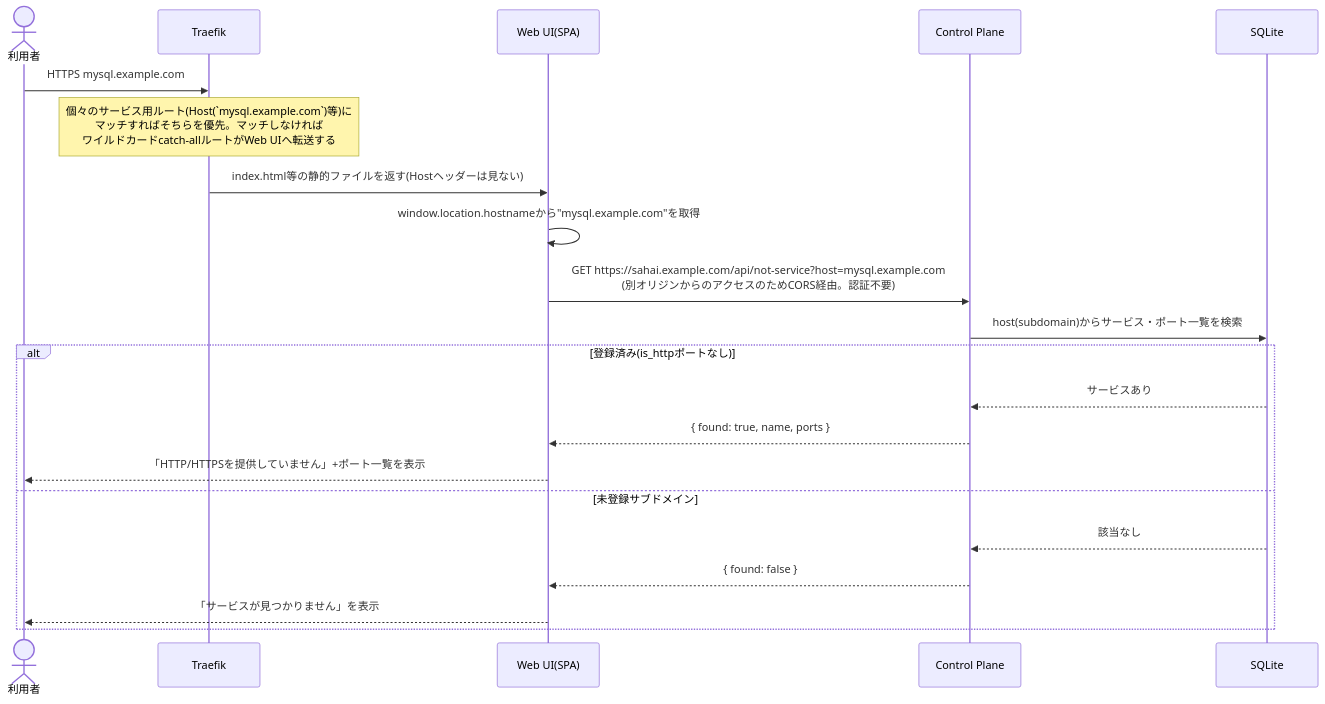
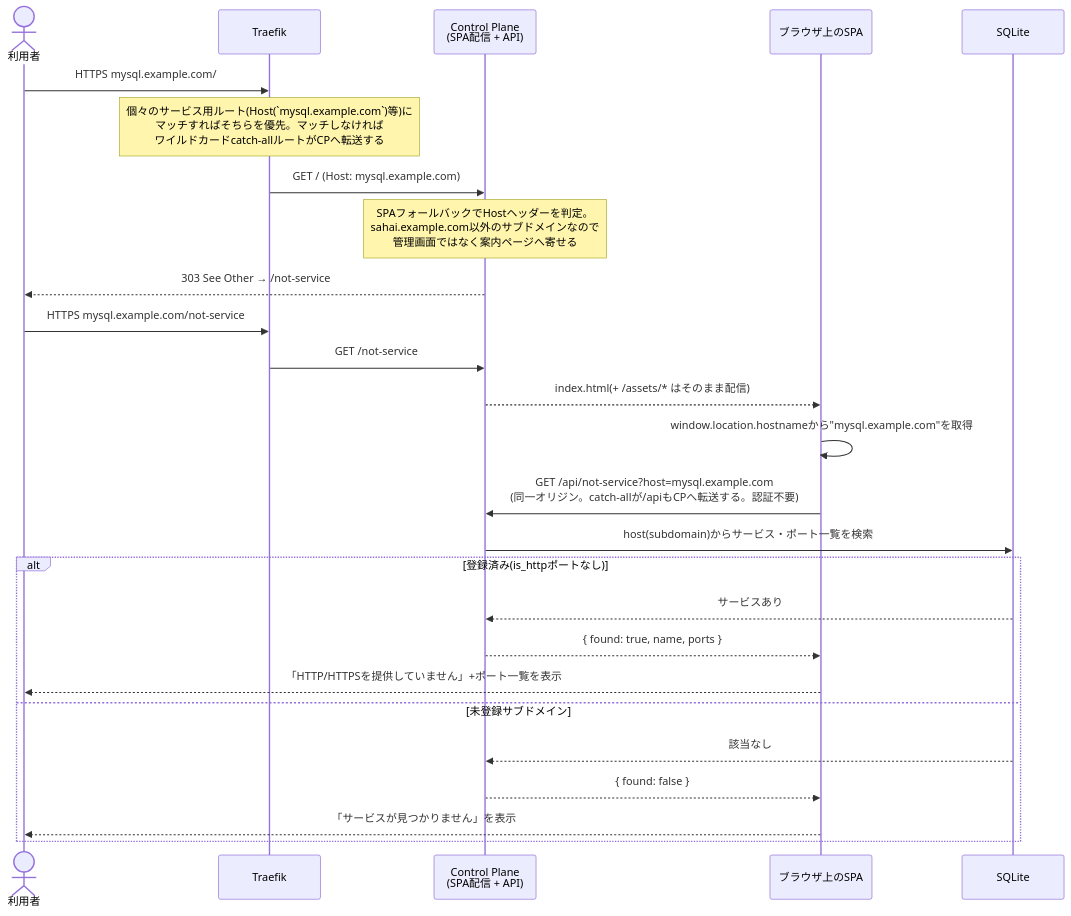
One commit to haroyan888/sahai changed the tenth of 14 diagrams in docs/sequences.md. Above: the diagram before and after it, drawn with Mermaid. The commit also changed other lines of this file and 14 other files, not shown here.

````diff
--- a/docs/sequences.md
+++ b/docs/sequences.md
@@ -296,24 +296,29 @@
 ```mermaid
 sequenceDiagram
     actor User as 利用者
     participant Traefik
-    participant WebUI as Web UI(SPA)
-    participant CP as Control Plane
+    participant CP as Control Plane<br/>(SPA配信 + API)
+    participant SPA as ブラウザ上のSPA
     participant DB as SQLite
 
-    User->>Traefik: HTTPS mysql.example.com
-    Note over Traefik: 個々のサービス用ルート(Host(`mysql.example.com`)等)に<br/>マッチすればそちらを優先。マッチしなければ<br/>ワイルドカードcatch-allルートがWeb UIへ転送する
-    Traefik->>WebUI: index.html等の静的ファイルを返す(Hostヘッダーは見ない)
-    WebUI->>WebUI: window.location.hostnameから"mysql.example.com"を取得
-    WebUI->>CP: GET https://sahai.example.com/api/not-service?host=mysql.example.com<br/>(別オリジンからのアクセスのためCORS経由。認証不要)
+    User->>Traefik: HTTPS mysql.example.com/
+    Note over Traefik: 個々のサービス用ルート(Host(`mysql.example.com`)等)に<br/>マッチすればそちらを優先。マッチしなければ<br/>ワイルドカードcatch-allルートがCPへ転送する
+    Traefik->>CP: GET / (Host: mysql.example.com)
+    Note over CP: SPAフォールバックでHostヘッダーを判定。<br/>sahai.example.com以外のサブドメインなので<br/>管理画面ではなく案内ページへ寄せる
+    CP-->>User: 303 See Other → /not-service
+    User->>Traefik: HTTPS mysql.example.com/not-service
+    Traefik->>CP: GET /not-service
+    CP-->>SPA: index.html(+ /assets/* はそのまま配信)
+    SPA->>SPA: window.location.hostnameから"mysql.example.com"を取得
+    SPA->>CP: GET /api/not-service?host=mysql.example.com<br/>(同一オリジン。catch-allが/apiもCPへ転送する。認証不要)
     CP->>DB: host(subdomain)からサービス・ポート一覧を検索
     alt 登録済み(is_httpポートなし)
         DB-->>CP: サービスあり
-        CP-->>WebUI: { found: true, name, ports }
-        WebUI-->>User: 「HTTP/HTTPSを提供していません」+ポート一覧を表示
+        CP-->>SPA: { found: true, name, ports }
+        SPA-->>User: 「HTTP/HTTPSを提供していません」+ポート一覧を表示
     else 未登録サブドメイン
         DB-->>CP: 該当なし
-        CP-->>WebUI: { found: false }
-        WebUI-->>User: 「サービスが見つかりません」を表示
+        CP-->>SPA: { found: false }
+        SPA-->>User: 「サービスが見つかりません」を表示
     end
 ```
````
